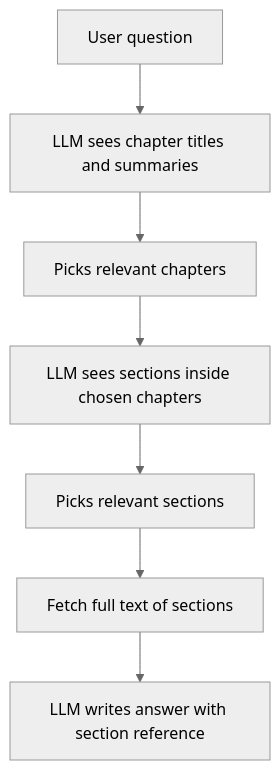
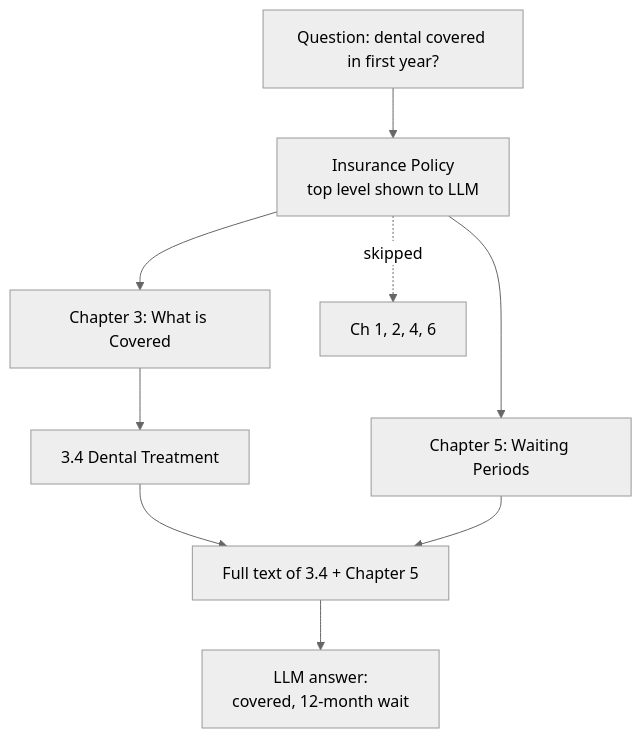
The diagram in notes/step-09-vector-search-and-retrieval-augmented-generation-rag/118-vectorless-rag.md (kaisarnajar/outcome-school-blogs), drawn with Mermaid (neutral theme) before and after one commit. The commit also changed other lines of this file and 233 other files, not shown here.

````diff
--- a/notes/step-09-vector-search-and-retrieval-augmented-generation-rag/118-vectorless-rag.md
+++ b/notes/step-09-vector-search-and-retrieval-augmented-generation-rag/118-vectorless-rag.md
@@ -53,9 +57,11 @@
 ```mermaid
 flowchart TD
-    Q["User question"] --> T1["LLM sees chapter titles and summaries"]
-    T1 --> P1["Picks relevant chapters"]
-    P1 --> T2["LLM sees sections inside chosen chapters"]
-    T2 --> P2["Picks relevant sections"]
-    P2 --> F["Fetch full text of sections"]
-    F --> A["LLM writes answer with section reference"]
+Q1["Question: dental covered in first year?"] --> R1["Insurance Policy<br/>top level shown to LLM"]
+R1 --> C3["Chapter 3: What is Covered"]
+R1 --> C5["Chapter 5: Waiting Periods"]
+R1 -.->|"skipped"| CX["Ch 1, 2, 4, 6"]
+C3 --> S34["3.4 Dental Treatment"]
+S34 --> T1["Full text of 3.4 + Chapter 5"]
+C5 --> T1
+T1 --> A1["LLM answer:<br/>covered, 12-month wait"]
 ```
````
